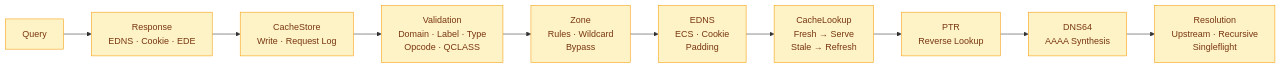
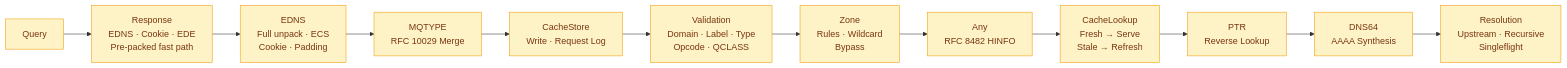
The third of 29 diagrams in docs/FLOWCHARTS.md (hezhijie0327/ZJDNS), drawn with Mermaid before and after one commit. The commit also changed other lines of this file and 91 other files, not shown here.

````diff
--- a/docs/FLOWCHARTS.md
+++ b/docs/FLOWCHARTS.md
@@ -51,15 +51,17 @@
 ```mermaid
 graph LR
-    Q[Query] --> R[Response<br/>EDNS · Cookie · EDE]
-    R --> CS[CacheStore<br/>Write · Request Log]
+    Q[Query] --> R[Response<br/>EDNS · Cookie · EDE<br/>Pre-packed fast path]
+    R --> E[EDNS<br/>Full unpack · ECS<br/>Cookie · Padding]
+    E --> MQ[MQTYPE<br/>RFC 10029 Merge]
+    MQ --> CS[CacheStore<br/>Write · Request Log]
     CS --> V[Validation<br/>Domain · Label · Type<br/>Opcode · QCLASS]
     V --> Z[Zone<br/>Rules · Wildcard<br/>Bypass]
-    Z --> E[EDNS<br/>ECS · Cookie<br/>Padding]
-    E --> CL[CacheLookup<br/>Fresh → Serve<br/>Stale → Refresh]
+    Z --> A[Any<br/>RFC 8482 HINFO]
+    A --> CL[CacheLookup<br/>Fresh → Serve<br/>Stale → Refresh]
     CL --> PT[PTR<br/>Reverse Lookup]
     PT --> D64[DNS64<br/>AAAA Synthesis]
     D64 --> RE[Resolution<br/>Upstream · Recursive<br/>Singleflight]
     classDef mw fill:#fef3c7,stroke:#f59e0b,color:#78350f
     class Q mw
-    class R,CS,V,Z,E,CL,PT,D64,RE mw
+    class R,E,MQ,CS,V,Z,A,CL,PT,D64,RE mw
 ```
````
